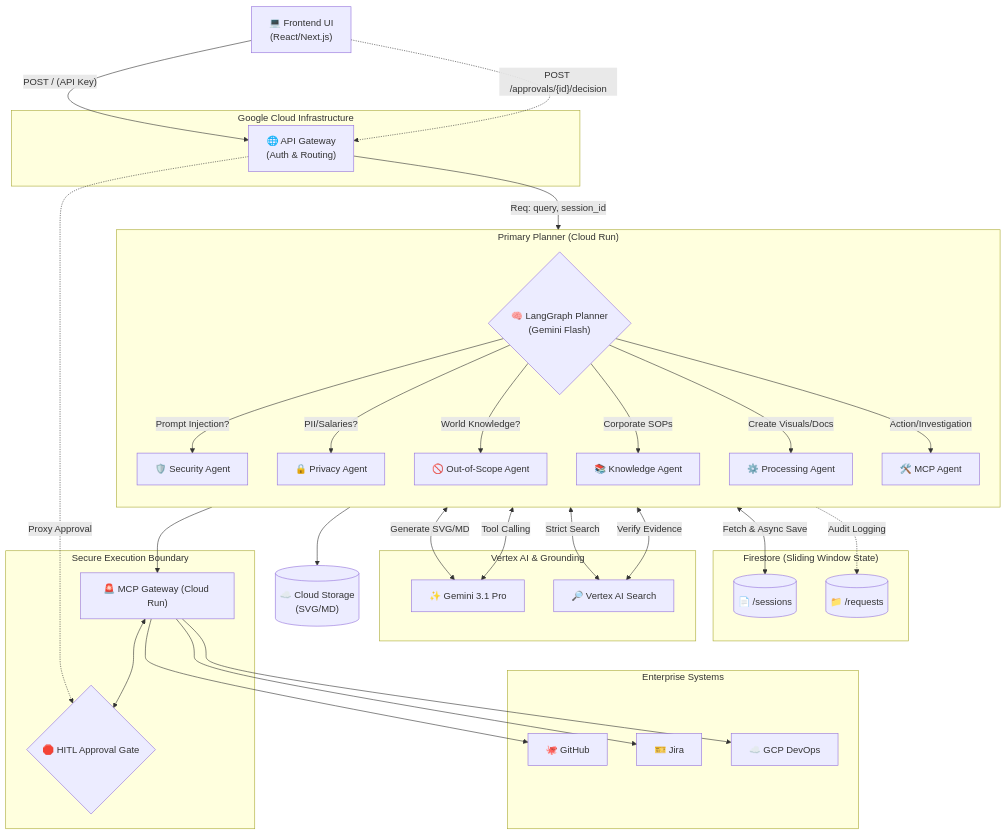
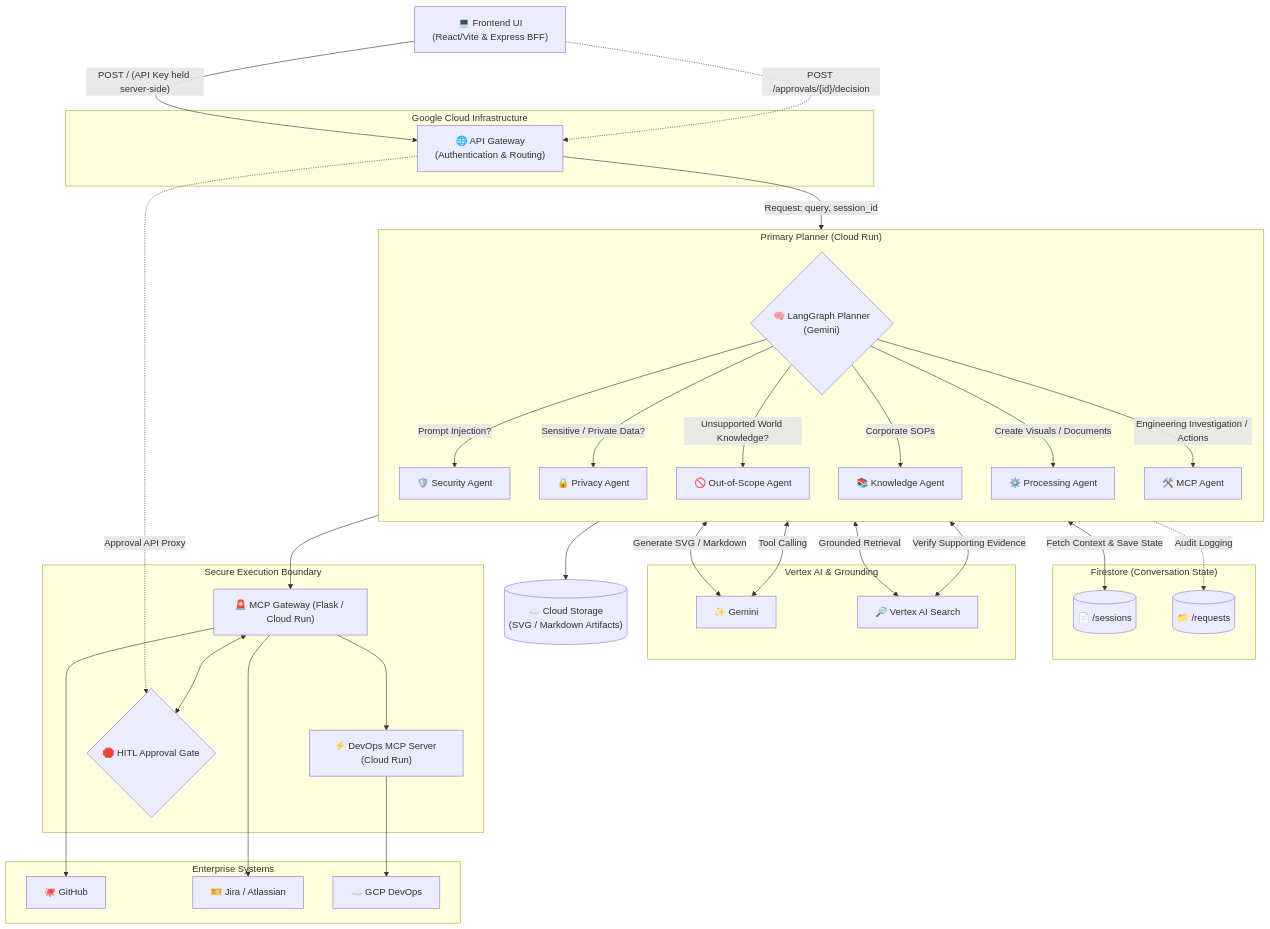
The diagram in Readme.md (prateekgarg98/Google-AI-Builder-Cup), drawn with Mermaid before and after one commit. The commit also changed other lines of this file, not shown here.

````diff
--- a/Readme.md
+++ b/Readme.md
@@ -17,70 +19,73 @@
 ```mermaid
 graph TB
     %% 1. Client & Ingress Layer
-    Client["💻 Frontend UI\n(React/Next.js)"]
-    subgraph Ingress ["Google Cloud Infrastructure"]
-        Gateway["🌐 API Gateway\n(Auth & Routing)"]
+    Client["💻 Frontend UI<br/>(React/Vite & Express BFF)"]
+    subgraph Ingress["Google Cloud Infrastructure"]
+        Gateway["🌐 API Gateway<br/>(Authentication & Routing)"]
     end
-    Client -- "POST / (API Key)" --> Gateway
+    Client -- "POST / (API Key held server-side)" --> Gateway
     Client -. "POST /approvals/{id}/decision" .-> Gateway
 
     %% 2. Orchestrator Layer
-    subgraph Orchestrator ["Primary Planner (Cloud Run)"]
+    subgraph Orchestrator["Primary Planner (Cloud Run)"]
         direction TB
-        Planner{"🧠 LangGraph Planner\n(Gemini Flash)"}
+        Planner{"🧠 LangGraph Planner<br/>(Gemini)"}
         SecAgent["🛡️ Security Agent"]
         PrivAgent["🔒 Privacy Agent"]
         OOSAgent["🚫 Out-of-Scope Agent"]
         KnowAgent["📚 Knowledge Agent"]
         ProcAgent["⚙️ Processing Agent"]
         MCPAgent["🛠️ MCP Agent"]
 
         Planner -- "Prompt Injection?" --> SecAgent
-        Planner -- "PII/Salaries?" --> PrivAgent
-        Planner -- "World Knowledge?" --> OOSAgent
+        Planner -- "Sensitive / Private Data?" --> PrivAgent
+        Planner -- "Unsupported World Knowledge?" --> OOSAgent
         Planner -- "Corporate SOPs" --> KnowAgent
-        Planner -- "Create Visuals/Docs" --> ProcAgent
-        Planner -- "Action/Investigation" --> MCPAgent
+        Planner -- "Create Visuals / Documents" --> ProcAgent
+        Planner -- "Engineering Investigation / Actions" --> MCPAgent
     end
-    Gateway -- "Req: query, session_id" --> Planner
+    Gateway -- "Request: query, session_id" --> Planner
 
     %% 3. State & Memory Layer
-    subgraph Memory ["Firestore (Sliding Window State)"]
+    subgraph Memory["Firestore (Conversation State)"]
         FS_Sessions[("📄 /sessions")]
         FS_Audits[("📁 /requests")]
     end
-    Planner <--> |"Fetch & Async Save"| FS_Sessions
+    Planner <--> |"Fetch Context & Save State"| FS_Sessions
     Planner -. "Audit Logging" .-> FS_Audits
 
     %% 4. AI & Grounding Layer
-    subgraph AI_Layer ["Vertex AI & Grounding"]
-        Gemini["✨ Gemini 3.1 Pro"]
+    subgraph AI_Layer["Vertex AI & Grounding"]
+        Gemini["✨ Gemini"]
         Discovery["🔎 Vertex AI Search"]
     end
-    KnowAgent <--> |"Strict Search"| Discovery
-    ProcAgent <--> |"Verify Evidence"| Discovery
-    ProcAgent <--> |"Generate SVG/MD"| Gemini
+    KnowAgent <--> |"Grounded Retrieval"| Discovery
+    ProcAgent <--> |"Verify Supporting Evidence"| Discovery
+    ProcAgent <--> |"Generate SVG / Markdown"| Gemini
     MCPAgent <--> |"Tool Calling"| Gemini
 
     %% 5. Storage Layer
-    GCS[("☁️ Cloud Storage\n(SVG/MD)")]
+    GCS[("☁️ Cloud Storage<br/>(SVG / Markdown Artifacts)")]
     ProcAgent --> GCS
 
-    %% 6. MCP Gateway & External
-    subgraph Gateway_Microservice ["Secure Execution Boundary"]
-        MCP["🚨 MCP Gateway (Cloud Run)"]
+    %% 6. MCP Gateway & HITL
+    subgraph Gateway_Microservice["Secure Execution Boundary"]
+        MCP["🚨 MCP Gateway (Flask / Cloud Run)"]
+        DevOpsMCP["⚡ DevOps MCP Server (Cloud Run)"]
         HITL{"🛑 HITL Approval Gate"}
     end
     MCPAgent --> MCP
-    Gateway -. "Proxy Approval" .-> HITL
+    MCP --> DevOpsMCP
+    Gateway -. "Approval API Proxy" .-> HITL
     MCP <--> HITL
 
-    subgraph External ["Enterprise Systems"]
+    %% 7. External Enterprise Systems
+    subgraph External["Enterprise Systems"]
         GitHub["🐙 GitHub"]
-        Jira["🎫 Jira"]
+        Jira["🎫 Jira / Atlassian"]
         DevOps["☁️ GCP DevOps"]
     end
     MCP --> GitHub
     MCP --> Jira
-    MCP --> DevOps
+    DevOpsMCP --> DevOps
 ```
````
